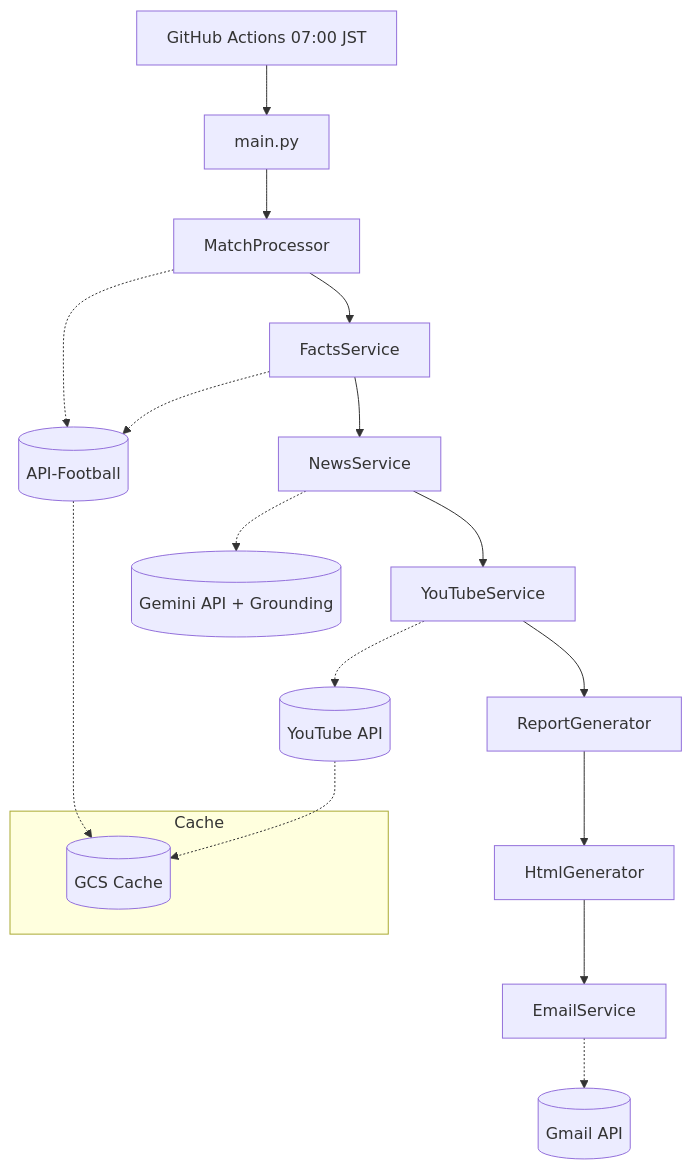
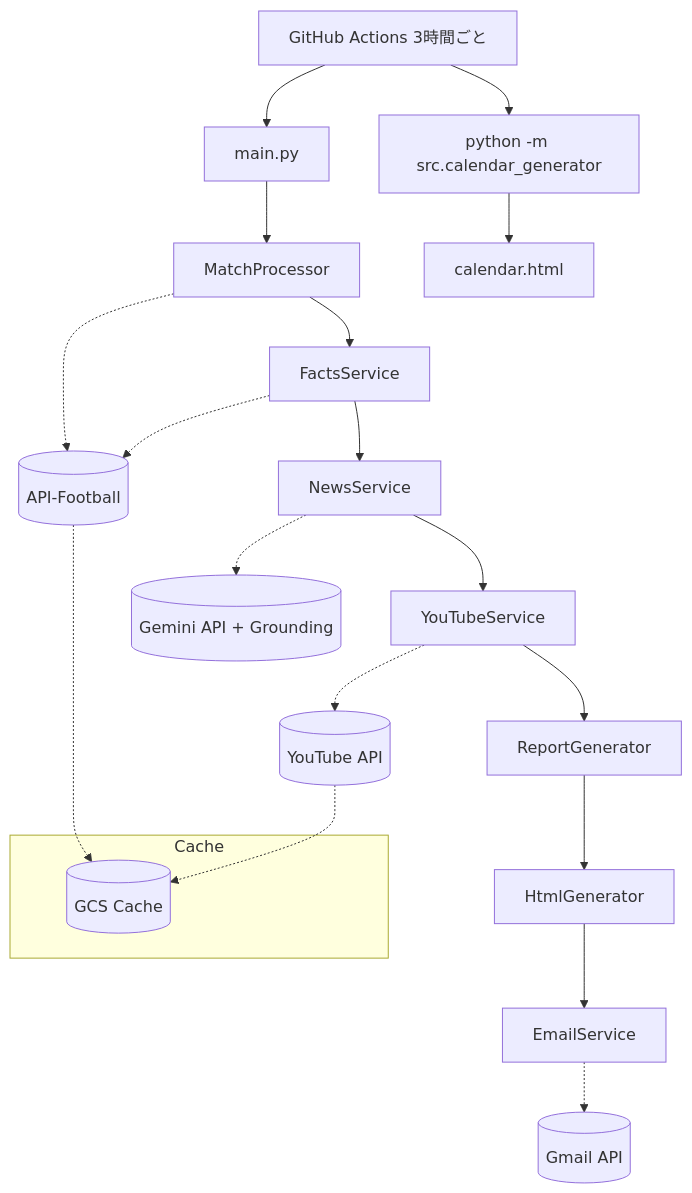
One commit to igrekplus/football-delay-watching changed the diagram in docs/02_architecture/system_overview.md. Above: the diagram before and after it, drawn with Mermaid. The commit also changed other lines of this file and 11 other files, not shown here.

````diff
--- a/docs/02_architecture/system_overview.md
+++ b/docs/02_architecture/system_overview.md
@@ -18,23 +18,25 @@
 ```mermaid
 graph TD
-    A[GitHub Actions 07:00 JST] --> B[main.py]
+    A[GitHub Actions 3時間ごと] --> B[main.py]
+    A --> B2[python -m src.calendar_generator]
     B --> C[MatchProcessor]
     C --> D[FactsService]
     D --> E[NewsService]
     E --> F[YouTubeService]
     F --> G[ReportGenerator]
     G --> H[HtmlGenerator]
     H --> I[EmailService]
+    B2 --> Q[calendar.html]
     
     C -.-> J[(API-Football)]
     D -.-> J
     E -.-> L[(Gemini API + Grounding)]
     F -.-> M[(YouTube API)]
     I -.-> N[(Gmail API)]
     
     subgraph Cache
         O[(GCS Cache)]
     end
     J -.-> O
     M -.-> O
 ```
````
